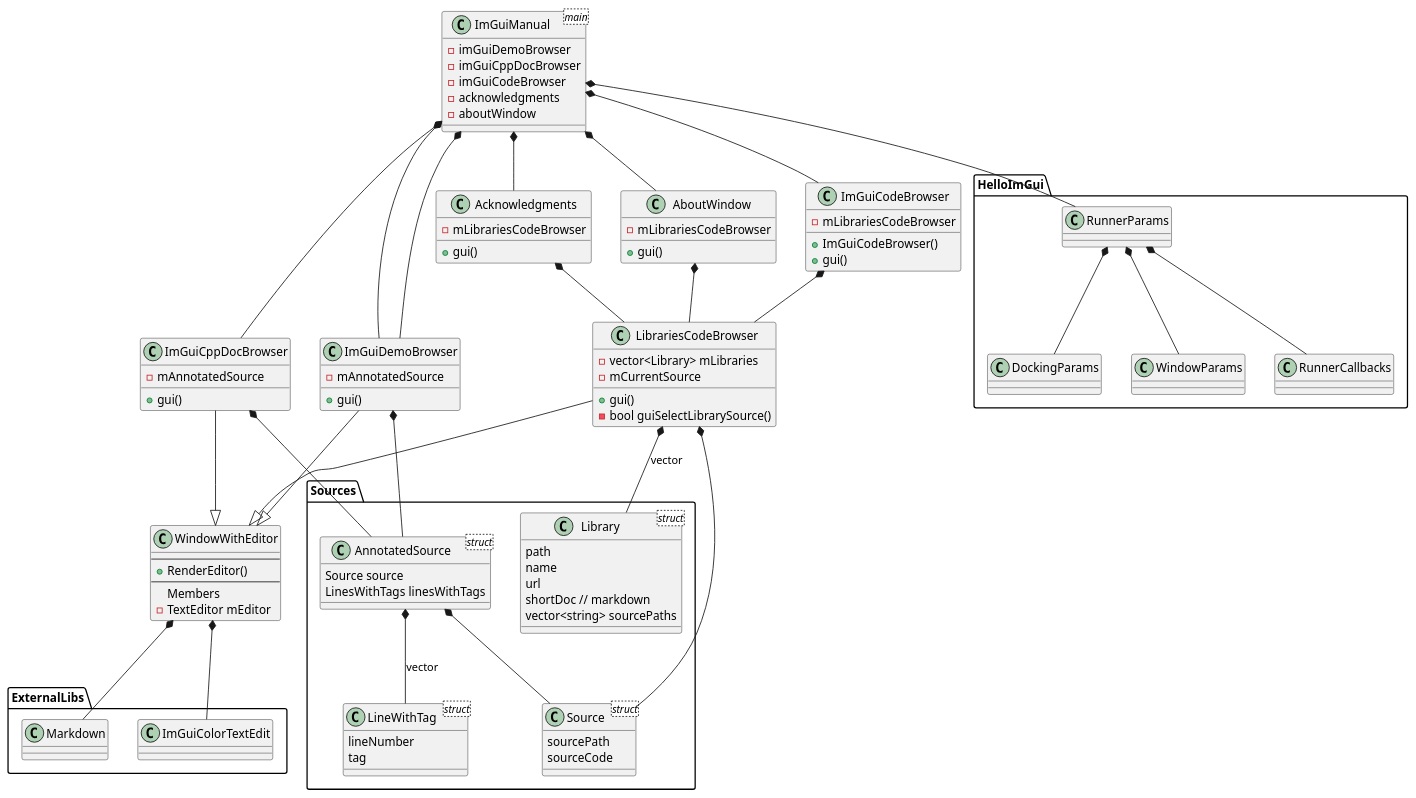
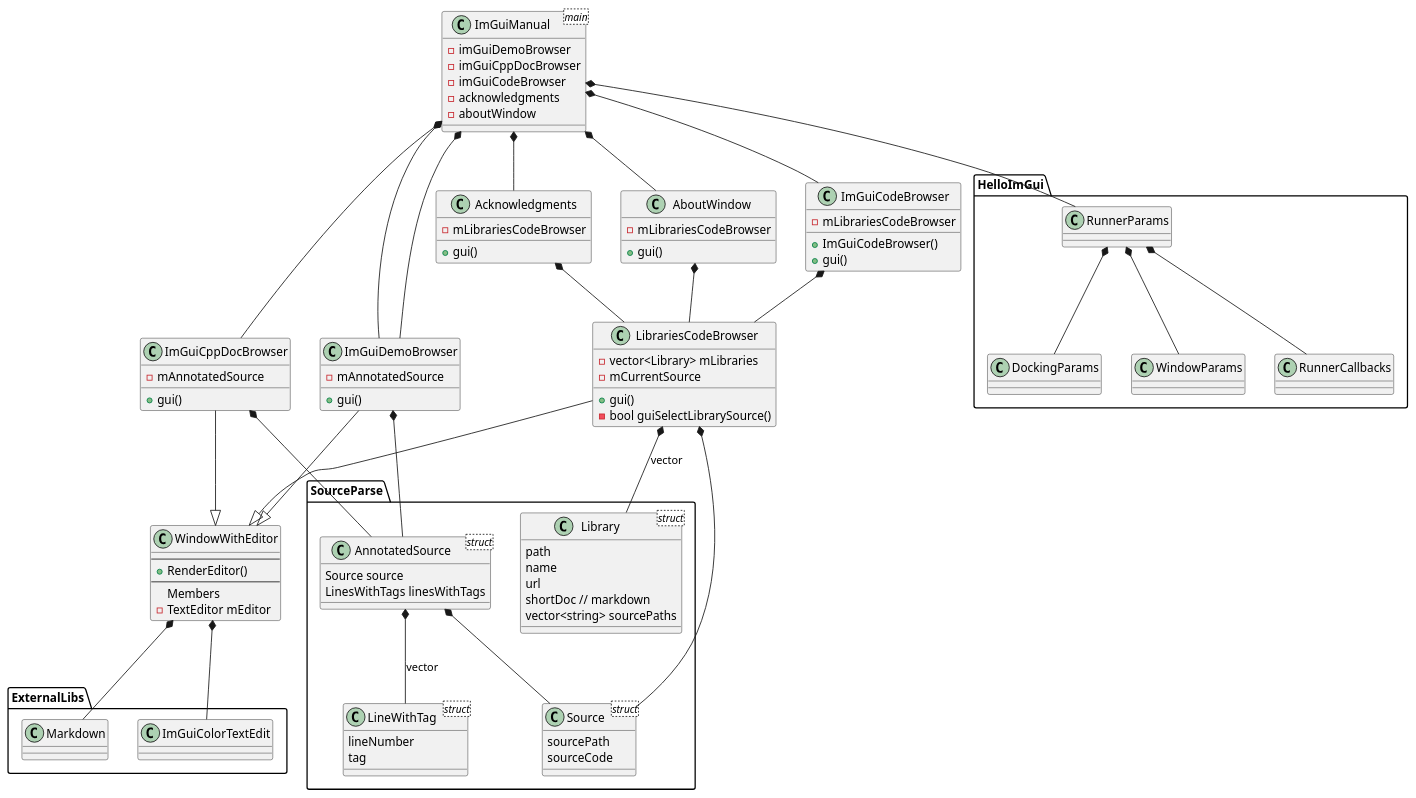
The diagram in src/diagram.md (pthom/imgui_manual), drawn with PlantUML before and after one commit. The commit also changed 23 other files, not shown here.

Commit message:
Rename namespace Sources to SourceParse

```diff
--- a/src/diagram.md
+++ b/src/diagram.md
@@ -27,8 +27,8 @@
 }
 
 LibrariesCodeBrowser --|> WindowWithEditor
-LibrariesCodeBrowser *-- Sources.Library: vector
-LibrariesCodeBrowser *-- Sources.Source
+LibrariesCodeBrowser *-- SourceParse.Library: vector
+LibrariesCodeBrowser *-- SourceParse.Source
 
 class ImGuiCodeBrowser {
     + ImGuiCodeBrowser()
@@ -43,7 +43,7 @@
     - mAnnotatedSource
 }
 ImGuiCppDocBrowser --|> WindowWithEditor
-ImGuiCppDocBrowser *-- Sources.AnnotatedSource
+ImGuiCppDocBrowser *-- SourceParse.AnnotatedSource
 
 
 class ImGuiDemoBrowser {
@@ -53,7 +53,7 @@
 }
 
 ImGuiDemoBrowser --|> WindowWithEditor
-ImGuiDemoBrowser *-- Sources.AnnotatedSource
+ImGuiDemoBrowser *-- SourceParse.AnnotatedSource
 
 class Acknowledgments {
     + gui()
@@ -73,7 +73,7 @@
 
 
 
-namespace Sources {
+namespace SourceParse {
     class Source<struct> {
         sourcePath
         sourceCode
```
